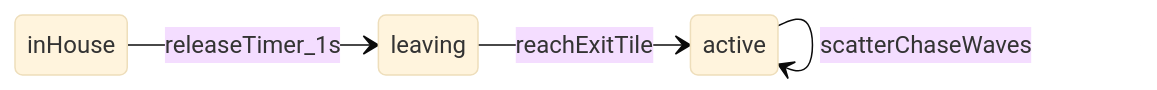
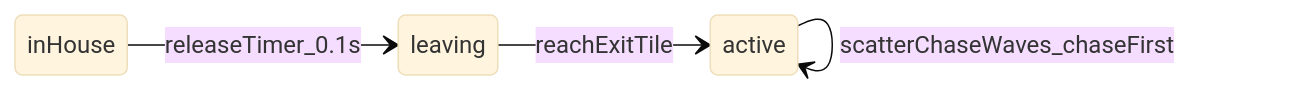
The diagram in .cursor/plans/blinky-enemy.plan.md (katerberg/pac-rogue), drawn with Mermaid (base theme) before and after one commit. The commit also changed other lines of this file and 1 other file, not shown here.

First line of the commit message:
Align README and Blinky plan with 0.1s release + chase-first

````diff
--- a/.cursor/plans/blinky-enemy.plan.md
+++ b/.cursor/plans/blinky-enemy.plan.md
@@ -75,7 +75,7 @@
 ```mermaid
 stateDiagram-v2
   direction LR
-  inHouse --> leaving: releaseTimer_1s
+  inHouse --> leaving: releaseTimer_0.1s
   leaving --> active: reachExitTile
-  active --> active: scatterChaseWaves
+  active --> active: scatterChaseWaves_chaseFirst
 ```
````
